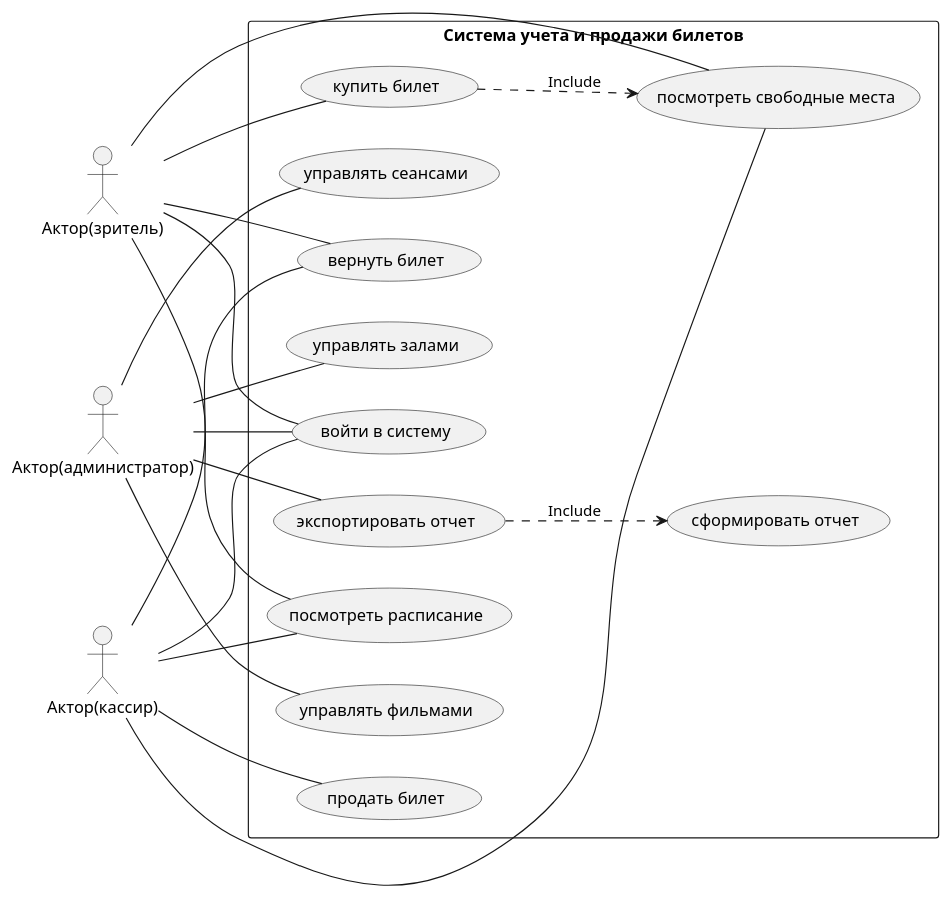
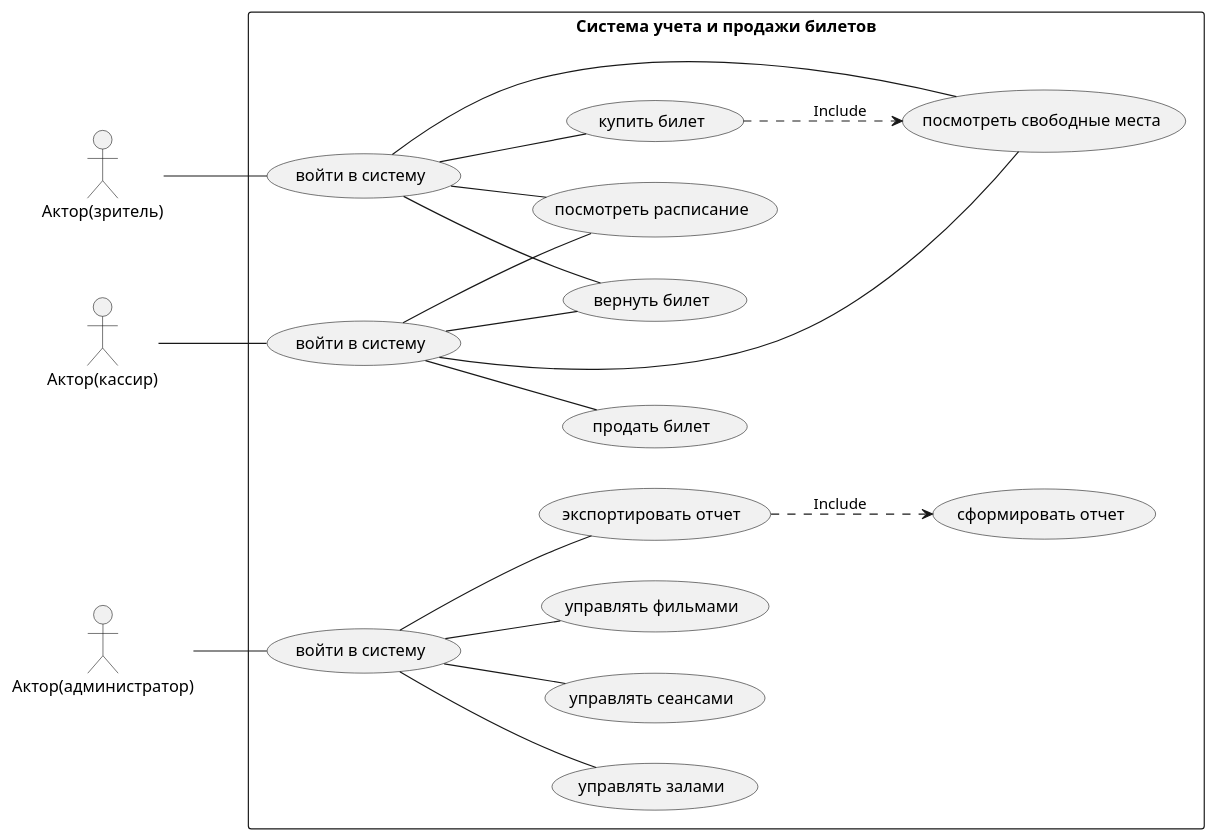
The diagram in docs/diagrams/usecase.puml (4dmif/CinemaTickets), drawn with PlantUML before and after one commit.

Commit message:
improved Usecase

```diff
--- a/docs/diagrams/usecase.puml
+++ b/docs/diagrams/usecase.puml
@@ -1,45 +1,47 @@
 @startuml `Usecase
 
 left to right direction
 skinparam packageStyle rectangle
 
 actor "Актор(зритель)" as User
 actor "Актор(кассир)" as Cashier
 actor "Актор(администратор)" as Admin
 
 package "Система учета и продажи билетов" {
+  usecase "войти в систему" as UC_Login2
+  usecase "войти в систему" as UC_Login1
   usecase "войти в систему" as UC_Login
   usecase "купить билет" as UC_Buy
   usecase "вернуть билет" as UC_Return
   usecase "посмотреть расписание" as UC_Schedule
   usecase "посмотреть свободные места" as UC_Seats
   usecase "продать билет" as UC_Sell
   usecase "управлять залами" as UC_Stock
   usecase "управлять сеансами" as UC_Sessions
   usecase "управлять фильмами" as UC_Films
   usecase "экспортировать отчет" as UC_Export
   usecase "сформировать отчет" as UC_Report
 }
 
 User -- UC_Login
-User -- UC_Buy
-User -- UC_Return
-User -- UC_Schedule
-User -- UC_Seats
+UC_Login -- UC_Buy
+UC_Login -- UC_Return
+UC_Login -- UC_Schedule
+UC_Login -- UC_Seats
 
-Cashier -- UC_Login
-Cashier -- UC_Sell
-Cashier -- UC_Return
-Cashier -- UC_Schedule
-Cashier -- UC_Seats
+Cashier -- UC_Login1
+UC_Login1 -- UC_Sell
+UC_Login1 -- UC_Return
+UC_Login1 -- UC_Schedule
+UC_Login1 -- UC_Seats
 
-Admin -- UC_Login
-Admin -- UC_Stock
-Admin -- UC_Sessions
-Admin -- UC_Films
-Admin -- UC_Export
+Admin -- UC_Login2
+UC_Login2 -- UC_Stock
+UC_Login2 -- UC_Sessions
+UC_Login2 -- UC_Films
+UC_Login2 -- UC_Export
 
 UC_Buy ..> UC_Seats : Include
 UC_Export ..> UC_Report : Include
 
 @enduml
```
